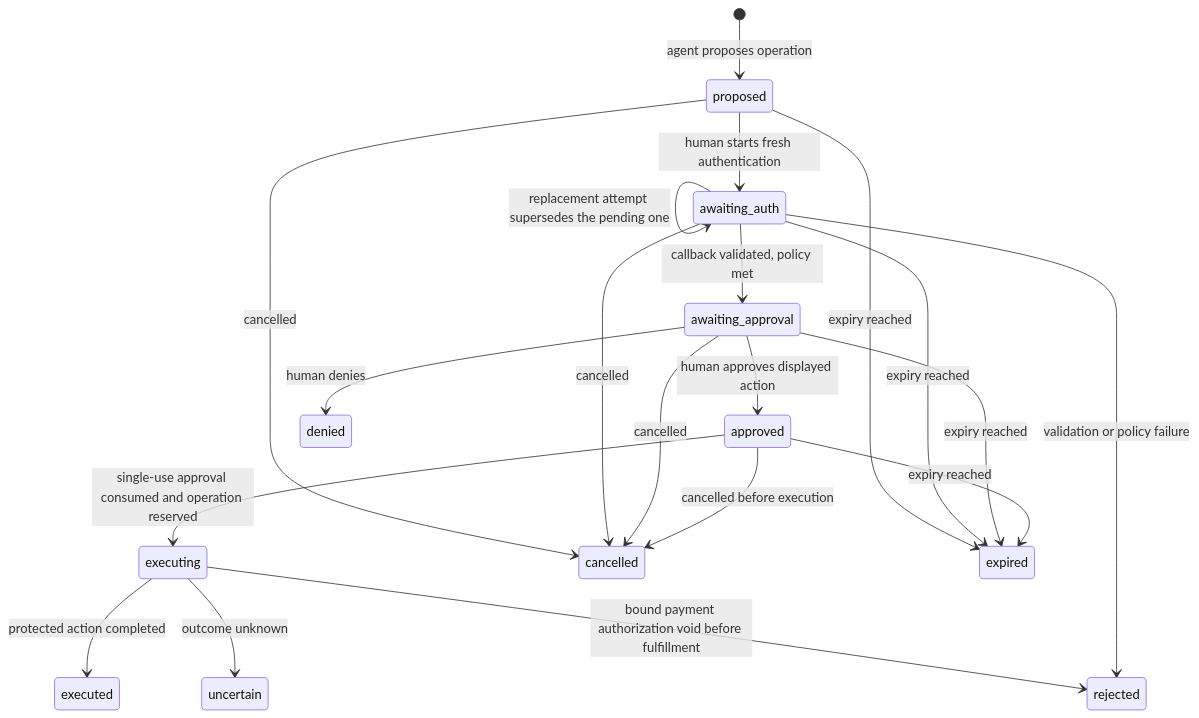
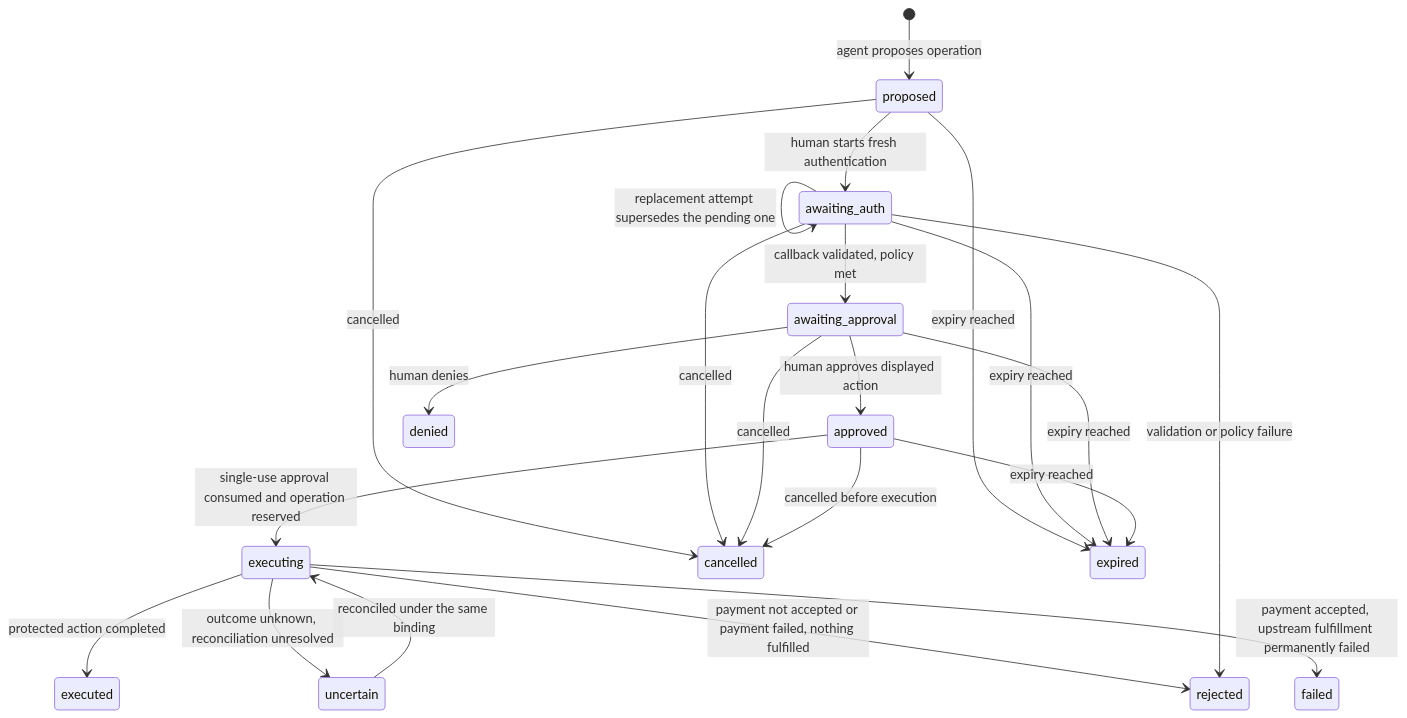
The diagram in docs/hackathon/04-agent-pass.md (ozzyshaik-org/world-supersonic-public), drawn with Mermaid before and after one commit. The commit also changed other lines of this file, not shown here.

First line of the commit message:
docs(spec 04): reserve the operation before settle(); remove the accepted-payment hold (C)

````diff
--- a/docs/hackathon/04-agent-pass.md
+++ b/docs/hackathon/04-agent-pass.md
@@ -59,22 +59,24 @@
 ```mermaid
 stateDiagram-v2
     [*] --> proposed: agent proposes operation
     proposed --> awaiting_auth: human starts fresh authentication
     awaiting_auth --> awaiting_auth: replacement attempt supersedes the pending one
     awaiting_auth --> awaiting_approval: callback validated, policy met
     awaiting_approval --> approved: human approves displayed action
     approved --> executing: single-use approval consumed and operation reserved
     executing --> executed: protected action completed
-    executing --> uncertain: outcome unknown
-    executing --> rejected: bound payment authorization void before fulfillment
+    executing --> uncertain: outcome unknown, reconciliation unresolved
+    uncertain --> executing: reconciled under the same binding
+    executing --> rejected: payment not accepted or payment failed, nothing fulfilled
+    executing --> failed: payment accepted, upstream fulfillment permanently failed
     proposed --> cancelled: cancelled
     awaiting_auth --> cancelled: cancelled
     awaiting_approval --> denied: human denies
     awaiting_approval --> cancelled: cancelled
     approved --> cancelled: cancelled before execution
     proposed --> expired: expiry reached
     awaiting_auth --> expired: expiry reached
     awaiting_approval --> expired: expiry reached
     approved --> expired: expiry reached
     awaiting_auth --> rejected: validation or policy failure
 ```
````
